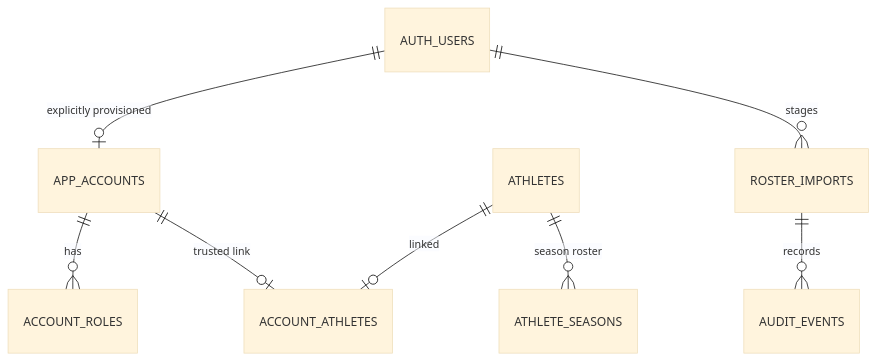
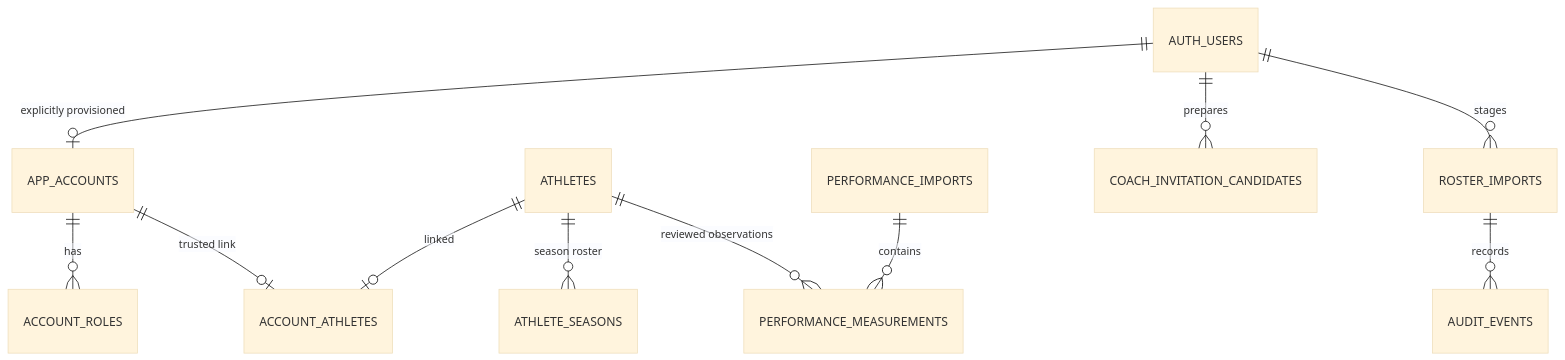
Before and after one commit to tkaz0/PACU-Baseball-Performance-Dashboard: the diagram in docs/DATA_MODEL.md, drawn with Mermaid (base theme). The commit also changed other lines of this file and 43 other files, not shown here.

````diff
--- a/docs/DATA_MODEL.md
+++ b/docs/DATA_MODEL.md
@@ -20,10 +23,13 @@
 ```mermaid
 erDiagram
     AUTH_USERS ||--o| APP_ACCOUNTS : "explicitly provisioned"
     APP_ACCOUNTS ||--o{ ACCOUNT_ROLES : has
     APP_ACCOUNTS ||--o| ACCOUNT_ATHLETES : "trusted link"
     ATHLETES ||--o| ACCOUNT_ATHLETES : linked
     ATHLETES ||--o{ ATHLETE_SEASONS : "season roster"
+    ATHLETES ||--o{ PERFORMANCE_MEASUREMENTS : "reviewed observations"
+    PERFORMANCE_IMPORTS ||--o{ PERFORMANCE_MEASUREMENTS : contains
+    AUTH_USERS ||--o{ COACH_INVITATION_CANDIDATES : prepares
     AUTH_USERS ||--o{ ROSTER_IMPORTS : stages
     ROSTER_IMPORTS ||--o{ AUDIT_EVENTS : records
 ```
````
